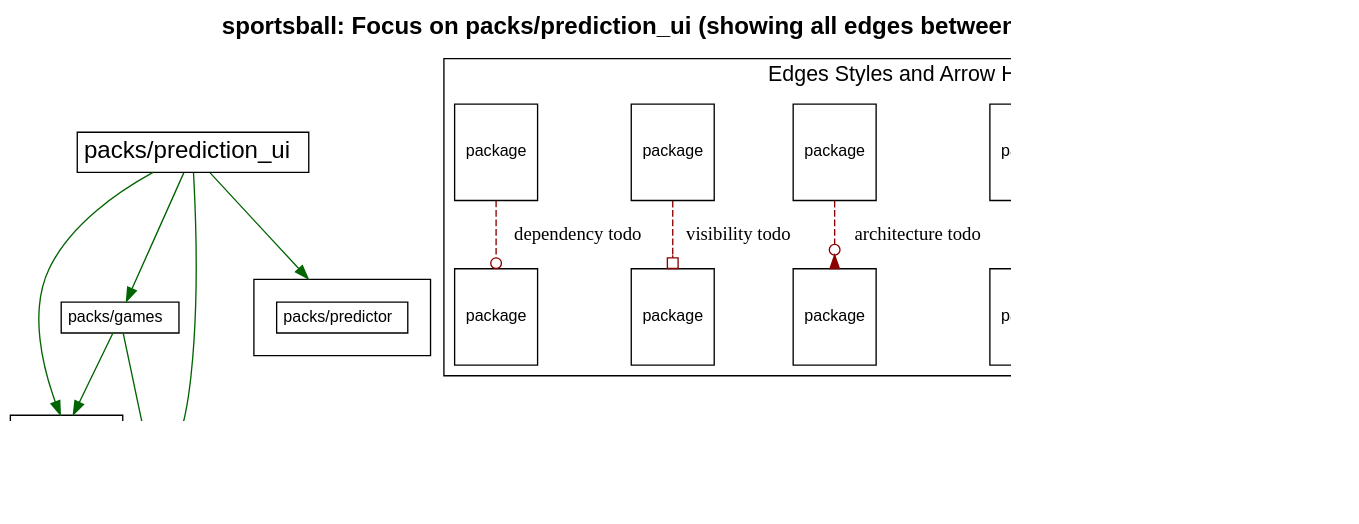
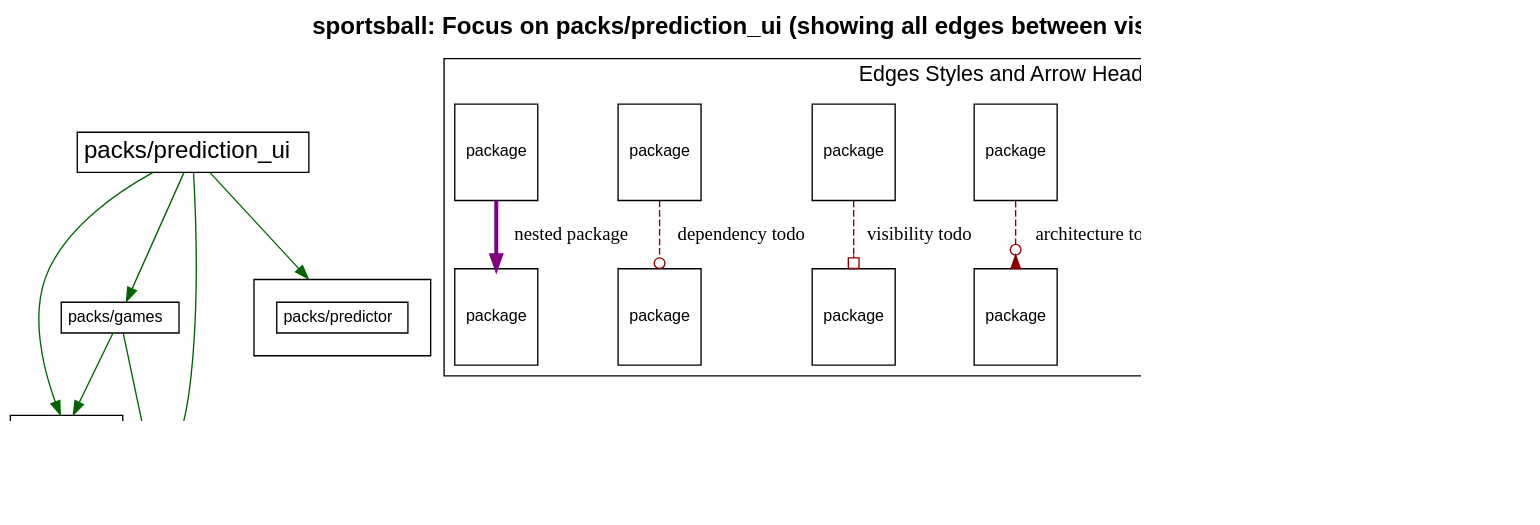
One commit to shageman/package-based-rails-applications-book changed the diagram in c4s01/sportsball/diagrams/packs_prediction_ui.dot. Above: the diagram before and after it, drawn with Graphviz. The commit also changed 4697 other files, not shown here.

```diff
--- a/c4s01/sportsball/diagrams/packs_prediction_ui.dot
+++ b/c4s01/sportsball/diagrams/packs_prediction_ui.dot
@@ -1,108 +1,111 @@
 digraph package_diagram {
   rankdir=TD
   graph [
     labelloc="t"
     fontname="Helvetica,Arial,sans-serif"
     dpi=100
     layout=dot
     label=<<b>sportsball: Focus on packs/prediction_ui (showing all edges between visible packs)</b>>
     fontsize=18
   ]
   node [
     fontname="Helvetica,Arial,sans-serif"
     fontsize=26.0
     fontcolor=black
     fillcolor=white
     color=black
     height=1.0
     style=filled
     shape=plain
   ]
     subgraph NotInLayer {
       shape=box
       color=darkgrey
       fillcolor=lightblue
       style=filled
         cluster=false
         "packs/games" [
             fontsize=12.0
             label= <
                 <table border='0' cellborder='1' cellspacing='0' cellpadding='4'>
                   <tr> <td align='left'> packs/games </td> </tr>
                 </table>
               >
           ]
         
         "packs/prediction_ui" [
             fontsize=18.0
             label= <
                 <table border='0' cellborder='1' cellspacing='0' cellpadding='4'>
                   <tr> <td align='left'> packs/prediction_ui </td> </tr>
                 </table>
               >
           ]
         
         "packs/predictor" [
             fontsize=12.0
             label= <
                 <table border='0' cellborder='1' cellspacing='0' cellpadding='16'><tr><td>
                   <table border='0' cellborder='1' cellspacing='0' cellpadding='4'>
                     <tr> <td port='private'> packs/predictor </td> </tr>
                   </table>
                 </td></tr></table>
               >
           ]
         
         "packs/rails_shims" [
             fontsize=12.0
             label= <
                 <table border='0' cellborder='1' cellspacing='0' cellpadding='4'>
                   <tr> <td align='left'> packs/rails_shims </td> </tr>
                 </table>
               >
           ]
         
         "packs/teams" [
             fontsize=12.0
             label= <
                 <table border='0' cellborder='1' cellspacing='0' cellpadding='4'>
                   <tr> <td align='left'> packs/teams </td> </tr>
                 </table>
               >
           ]
         
     }
           "packs/games" -> "packs/rails_shims" [ color=darkgreen ]
           "packs/games" -> "packs/teams" [ color=darkgreen ]
           "packs/prediction_ui" -> "packs/games" [ color=darkgreen ]
           "packs/prediction_ui" -> "packs/predictor" [ color=darkgreen ]
           "packs/prediction_ui" -> "packs/rails_shims" [ color=darkgreen ]
           "packs/prediction_ui" -> "packs/teams" [ color=darkgreen ]
           "packs/teams" -> "packs/rails_shims" [ color=darkgreen ]
   subgraph cluster_legend {
     fontsize=16
     label="Edges Styles and Arrow Heads"
     A [ fontsize=12 shape=box label="package"]
     B [ fontsize=12 shape=box label="package"]
     C [ fontsize=12 shape=box label="package"]
     D [ fontsize=12 shape=box label="package"]
     E [ fontsize=12 shape=box label="package"]
     F [ fontsize=12 shape=box label="package"]
     G [ fontsize=12 shape=box label="package"]
     H [ fontsize=12 shape=box label="package"]
     I [ fontsize=12 shape=box label="package"]
     J [ fontsize=12 shape=box label="package"]
+    K [ fontsize=12 shape=box label="package"]
+    L [ fontsize=12 shape=box label="package"]
     A -> B [label="accepted dependency" color=darkgreen]
     C -> D [label="privac todo" color=darkred style=dashed arrowhead=crow]
     E -> F [label="architecture todo" color=darkred style=dashed arrowhead=invodot]
     G -> H [label="visibility todo" color=darkred style=dashed arrowhead=obox]
     I -> J [label="dependency todo" color=darkred style=dashed arrowhead=odot]
+    K -> L [label="nested package" color=purple penwidth=3]
   }
   subgraph cluster_teams_legend {
     fontsize=16
     label="Team Colors"
 
 
   }
   J -> "" [style=invis]
 }
```
